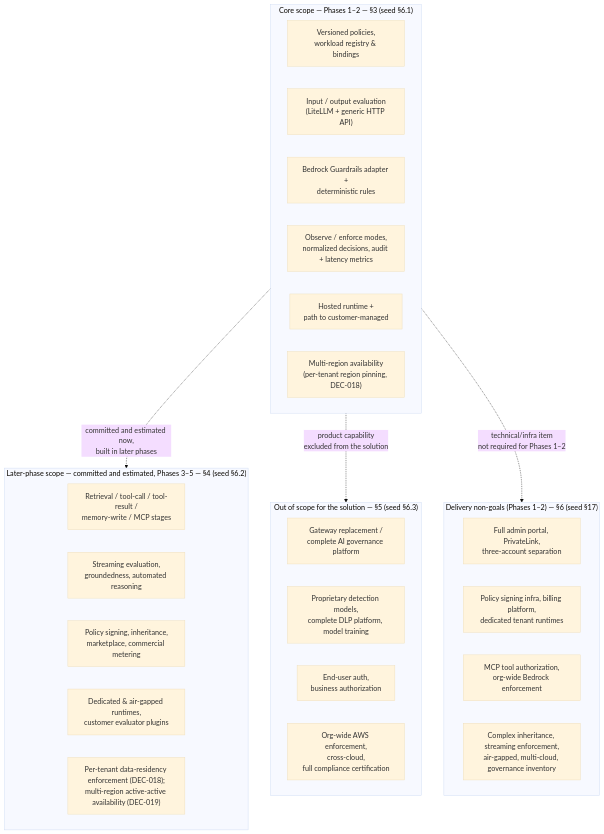
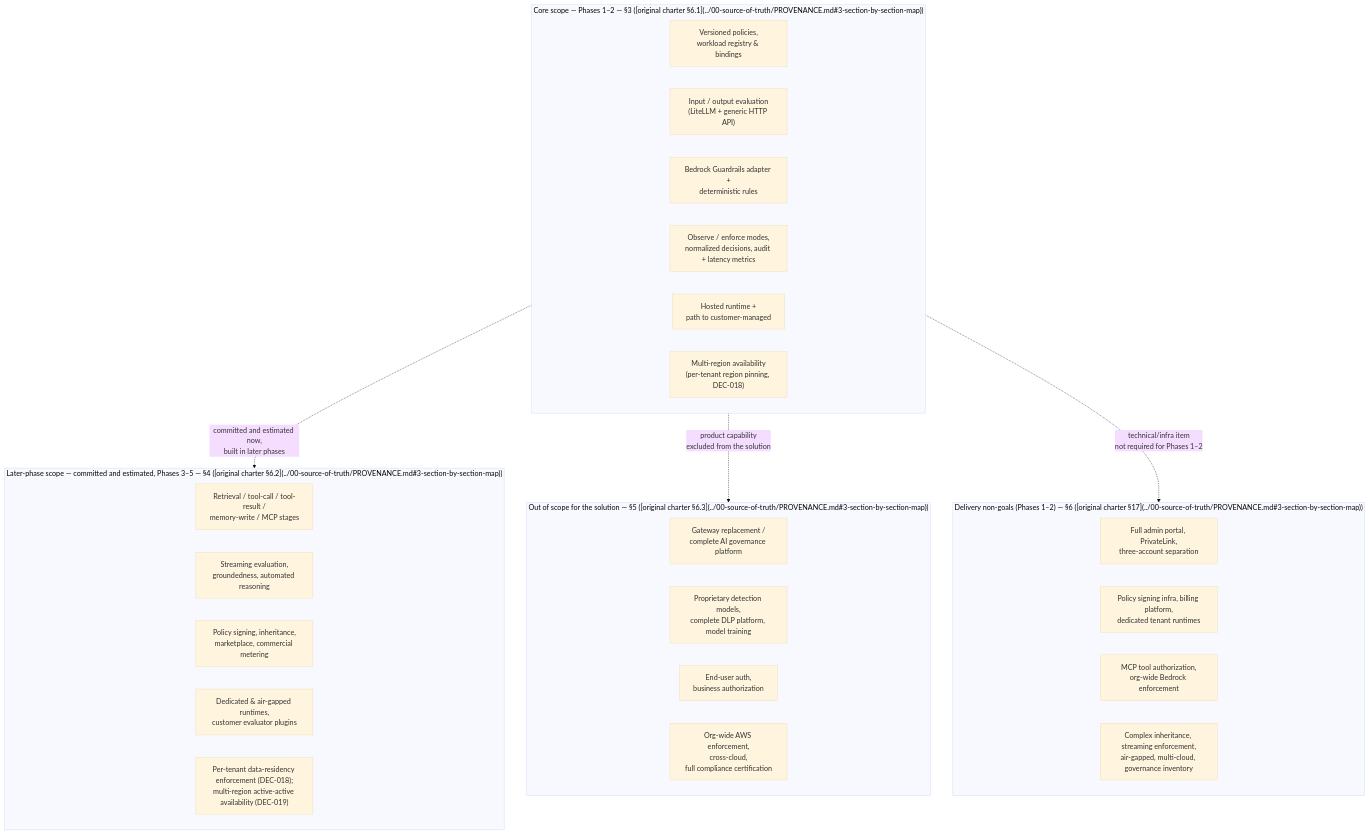
Before and after one commit to veglezMX/guardrails: the diagram in solution-docs/10-charter/SCOPE.md, drawn with Mermaid (base theme). The commit also changed other lines of this file and 91 other files, not shown here.

````diff
--- a/solution-docs/10-charter/SCOPE.md
+++ b/solution-docs/10-charter/SCOPE.md
@@ -49,41 +49,41 @@
 ```mermaid
 flowchart TB
-    subgraph CORE["Core scope — Phases 1–2 — §3 (seed §6.1)"]
+ subgraph CORE["Core scope — Phases 1–2 — §3 ([original charter §6.1](../00-source-of-truth/PROVENANCE.md#3-section-by-section-map))"]
         direction LR
         A1["Versioned policies,\nworkload registry & bindings"]
         A2["Input / output evaluation\n(LiteLLM + generic HTTP API)"]
         A3["Bedrock Guardrails adapter +\ndeterministic rules"]
         A4["Observe / enforce modes,\nnormalized decisions, audit + latency metrics"]
         A5["Hosted runtime +\npath to customer-managed"]
         A6["Multi-region availability\n(per-tenant region pinning, DEC-018)"]
     end
 
-    subgraph LATER["Later-phase scope — committed and estimated, Phases 3–5 — §4 (seed §6.2)"]
+ subgraph LATER["Later-phase scope — committed and estimated, Phases 3–5 — §4 ([original charter §6.2](../00-source-of-truth/PROVENANCE.md#3-section-by-section-map))"]
         direction LR
         F1["Retrieval / tool-call / tool-result /\nmemory-write / MCP stages"]
         F2["Streaming evaluation,\ngroundedness, automated reasoning"]
         F3["Policy signing, inheritance,\nmarketplace, commercial metering"]
         F4["Dedicated & air-gapped runtimes,\ncustomer evaluator plugins"]
         F5["Per-tenant data-residency enforcement (DEC-018);\nmulti-region active-active availability (DEC-019)"]
     end
 
-    subgraph OUT["Out of scope for the solution — §5 (seed §6.3)"]
+ subgraph OUT["Out of scope for the solution — §5 ([original charter §6.3](../00-source-of-truth/PROVENANCE.md#3-section-by-section-map))"]
         direction LR
         O1["Gateway replacement /\ncomplete AI governance platform"]
         O2["Proprietary detection models,\ncomplete DLP platform, model training"]
         O3["End-user auth,\nbusiness authorization"]
         O4["Org-wide AWS enforcement,\ncross-cloud,\nfull compliance certification"]
     end
 
-    subgraph NONGOALS["Delivery non-goals (Phases 1–2) — §6 (seed §17)"]
+ subgraph NONGOALS["Delivery non-goals (Phases 1–2) — §6 ([original charter §17](../00-source-of-truth/PROVENANCE.md#3-section-by-section-map))"]
         direction LR
         N1["Full admin portal, PrivateLink,\nthree-account separation"]
         N2["Policy signing infra, billing platform,\ndedicated tenant runtimes"]
         N3["MCP tool authorization,\norg-wide Bedrock enforcement"]
         N4["Complex inheritance, streaming enforcement,\nair-gapped, multi-cloud, governance inventory"]
     end
 
     CORE -. "committed and estimated now,\nbuilt in later phases" .-> LATER
     CORE -. "product capability\nexcluded from the solution" .-> OUT
     CORE -. "technical/infra item\nnot required for Phases 1–2" .-> NONGOALS
 ```
````
